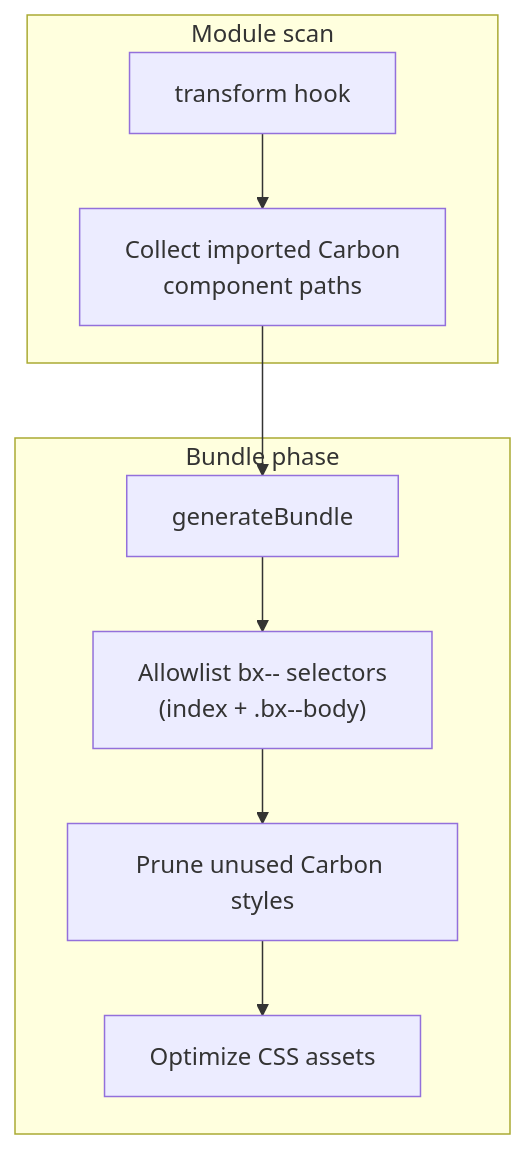
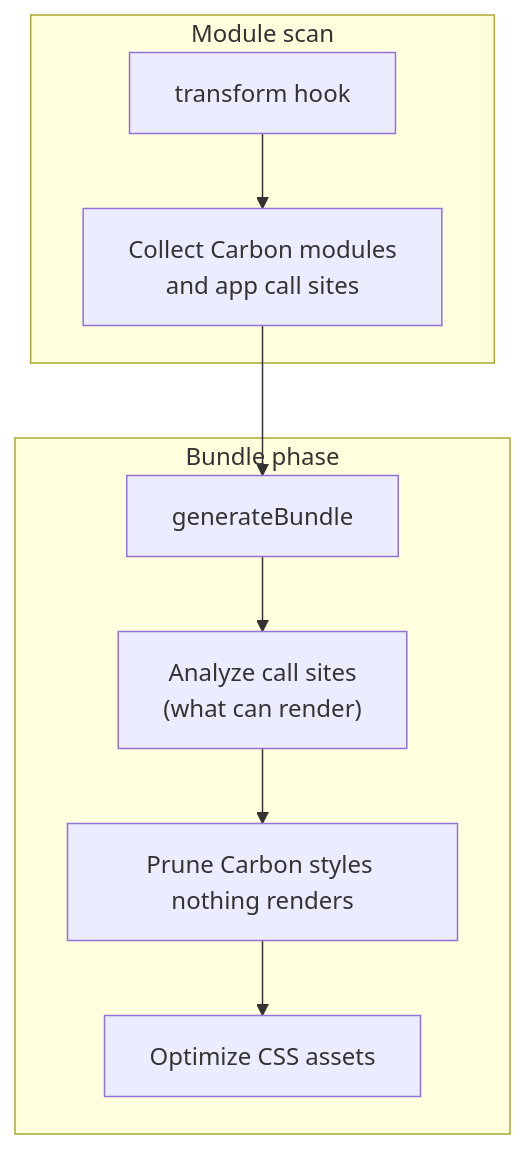
Before and after one commit to carbon-design-system/carbon-preprocess-svelte: the diagram in docs/optimize-css.md, drawn with Mermaid. The commit also changed other lines of this file and 141 other files, not shown here.

````diff
--- a/docs/optimize-css.md
+++ b/docs/optimize-css.md
@@ -34,16 +34,16 @@
 ```mermaid
 flowchart TB
   subgraph scan["Module scan"]
-    T[transform hook] --> S["Collect imported Carbon<br/>component paths"]
+    T[transform hook] --> S["Collect Carbon modules<br/>and app call sites"]
   end
   subgraph emit["Bundle phase"]
     S --> G[generateBundle]
-    G --> A["Allowlist bx-- selectors<br/>(index + .bx--body)"]
-    A --> P[Prune unused Carbon styles]
+    G --> A["Analyze call sites<br/>(what can render)"]
+    A --> P[Prune Carbon styles nothing renders]
     P --> R[Optimize CSS assets]
   end
 
   class T,G hook
   class S,A data
   class P,R css
 ```
````
